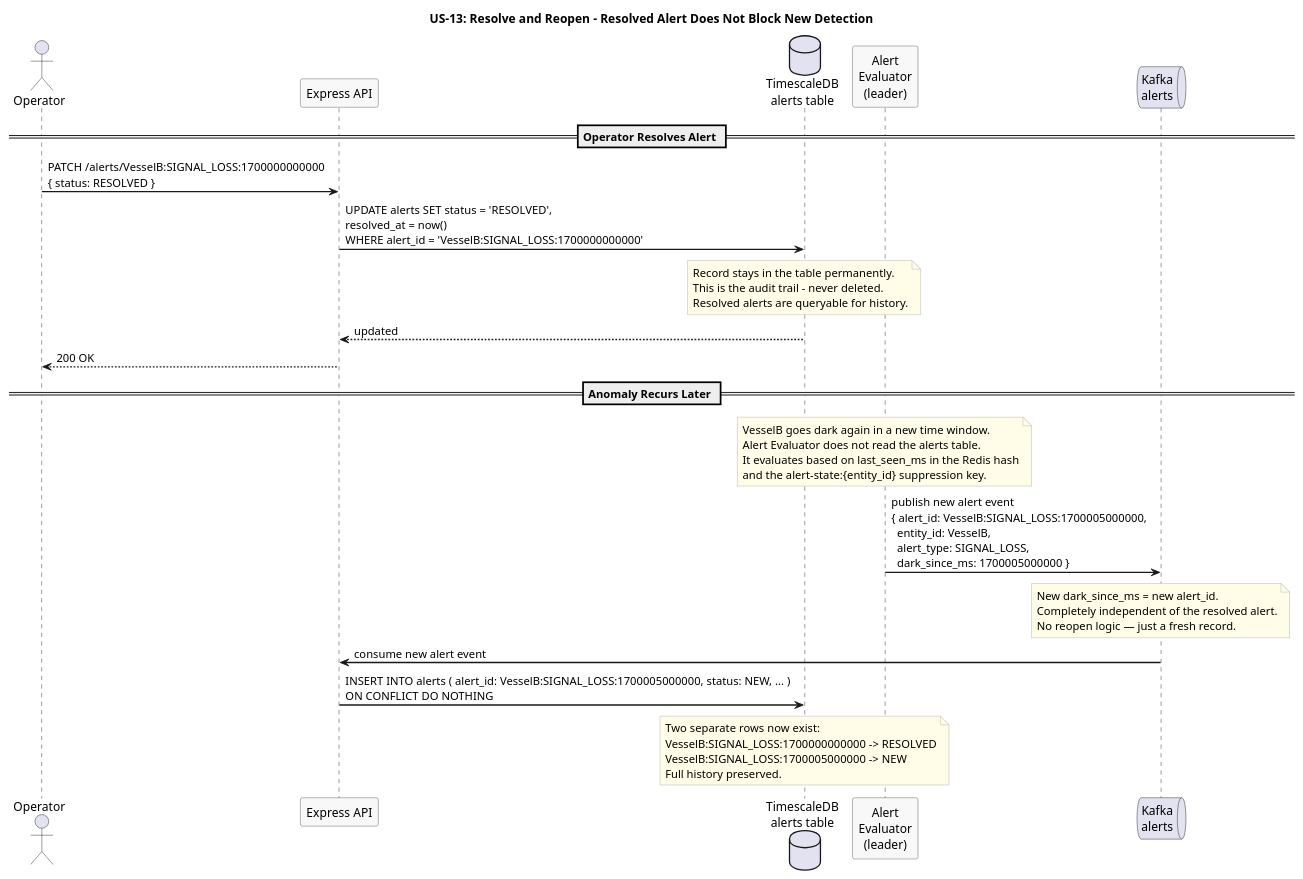
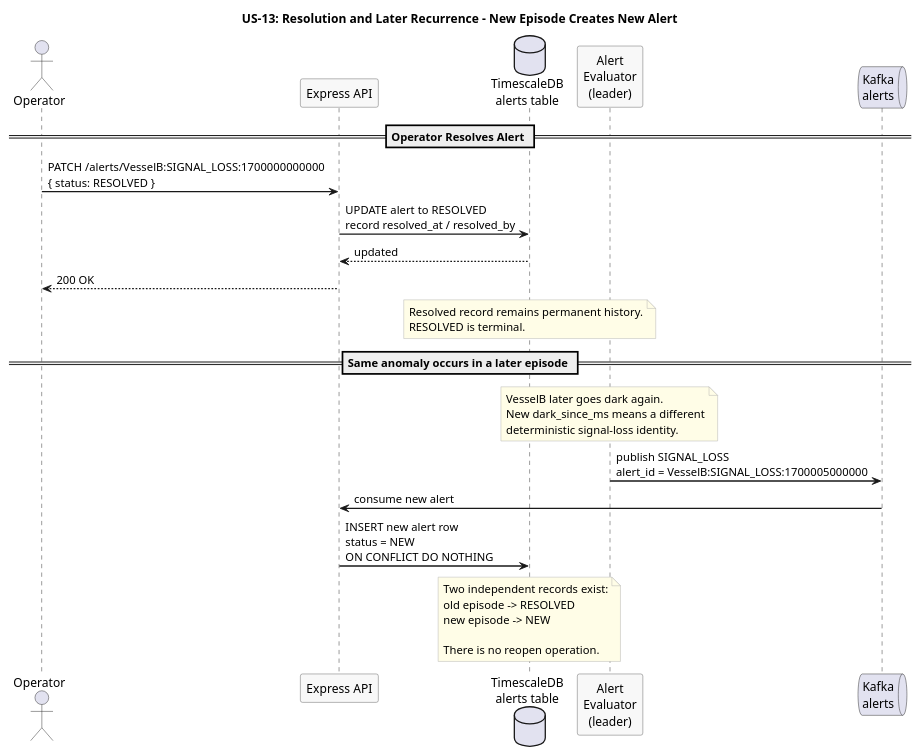
One commit to Buffden/sentinel changed the diagram in docs/use-cases/US-13-alert-lifecycle/resolve-and-reopen.puml. Above: the diagram before and after it, drawn with PlantUML.

Commit message:
docs: remove alert reopen terminology

```diff
--- a/docs/use-cases/US-13-alert-lifecycle/resolve-and-reopen.puml
+++ b/docs/use-cases/US-13-alert-lifecycle/resolve-and-reopen.puml
@@ -1,58 +1,48 @@
 @startuml resolve-and-reopen
-title US-13: Resolve and Reopen - Resolved Alert Does Not Block New Detection
+title US-13: Resolution and Later Recurrence - New Episode Creates New Alert
 
 skinparam sequenceArrowThickness 1.5
 skinparam participantBorderColor #555555
 skinparam participantBackgroundColor #F8F8F8
 skinparam noteBorderColor #AAAAAA
 skinparam noteBackgroundColor #FFFDE7
 
 actor Operator
 participant "Express API" as API
 database "TimescaleDB\nalerts table" as TSDB
 participant "Alert\nEvaluator\n(leader)" as Evaluator
 queue "Kafka\nalerts" as Kafka
 
 == Operator Resolves Alert ==
 
 Operator -> API : PATCH /alerts/VesselB:SIGNAL_LOSS:1700000000000\n{ status: RESOLVED }
-
-API -> TSDB : UPDATE alerts SET status = 'RESOLVED',\nresolved_at = now()\nWHERE alert_id = 'VesselB:SIGNAL_LOSS:1700000000000'
-
-note over TSDB
-  Record stays in the table permanently.
-  This is the audit trail - never deleted.
-  Resolved alerts are queryable for history.
-end note
-
+API -> TSDB : UPDATE alert to RESOLVED\nrecord resolved_at / resolved_by
 TSDB --> API : updated
 API --> Operator : 200 OK
 
-== Anomaly Recurs Later ==
+note over TSDB
+  Resolved record remains permanent history.
+  RESOLVED is terminal.
+end note
+
+== Same anomaly occurs in a later episode ==
 
 note over Evaluator
-  VesselB goes dark again in a new time window.
-  Alert Evaluator does not read the alerts table.
-  It evaluates based on last_seen_ms in the Redis hash
-  and the alert-state:{entity_id} suppression key.
+  VesselB later goes dark again.
+  New dark_since_ms means a different
+  deterministic signal-loss identity.
 end note
 
-Evaluator -> Kafka : publish new alert event\n{ alert_id: VesselB:SIGNAL_LOSS:1700005000000,\n  entity_id: VesselB,\n  alert_type: SIGNAL_LOSS,\n  dark_since_ms: 1700005000000 }
-
-note over Kafka
-  New dark_since_ms = new alert_id.
-  Completely independent of the resolved alert.
-  No reopen logic — just a fresh record.
-end note
-
-Kafka -> API : consume new alert event
-API -> TSDB : INSERT INTO alerts ( alert_id: VesselB:SIGNAL_LOSS:1700005000000, status: NEW, ... )\nON CONFLICT DO NOTHING
+Evaluator -> Kafka : publish SIGNAL_LOSS\nalert_id = VesselB:SIGNAL_LOSS:1700005000000
+Kafka -> API : consume new alert
+API -> TSDB : INSERT new alert row\nstatus = NEW\nON CONFLICT DO NOTHING
 
 note over TSDB
-  Two separate rows now exist:
-  VesselB:SIGNAL_LOSS:1700000000000 -> RESOLVED
-  VesselB:SIGNAL_LOSS:1700005000000 -> NEW
-  Full history preserved.
+  Two independent records exist:
+  old episode -> RESOLVED
+  new episode -> NEW
+
+  There is no reopen operation.
 end note
 
 @enduml
```
